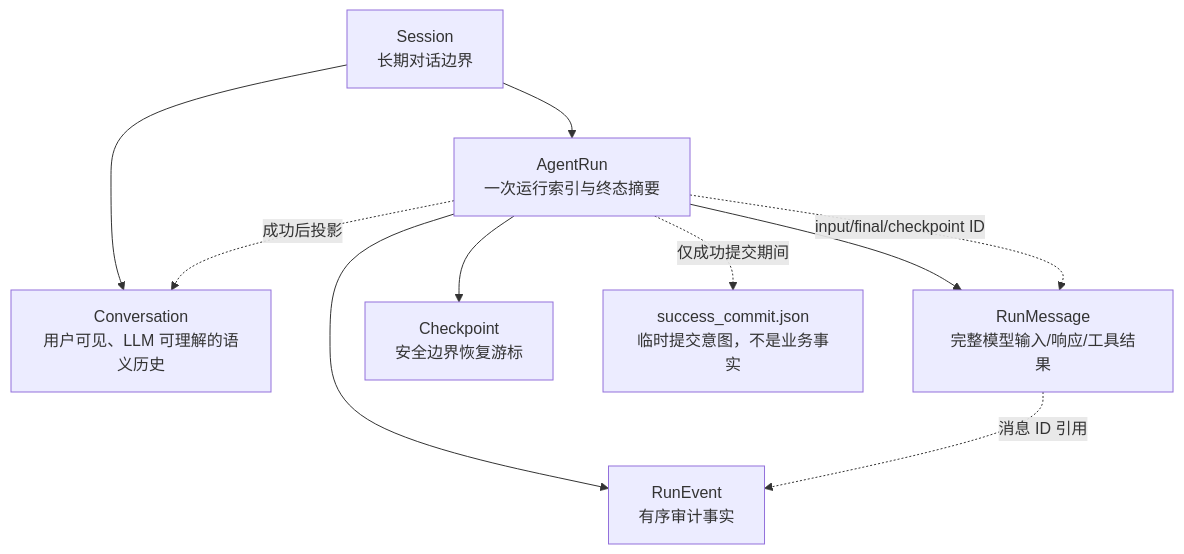
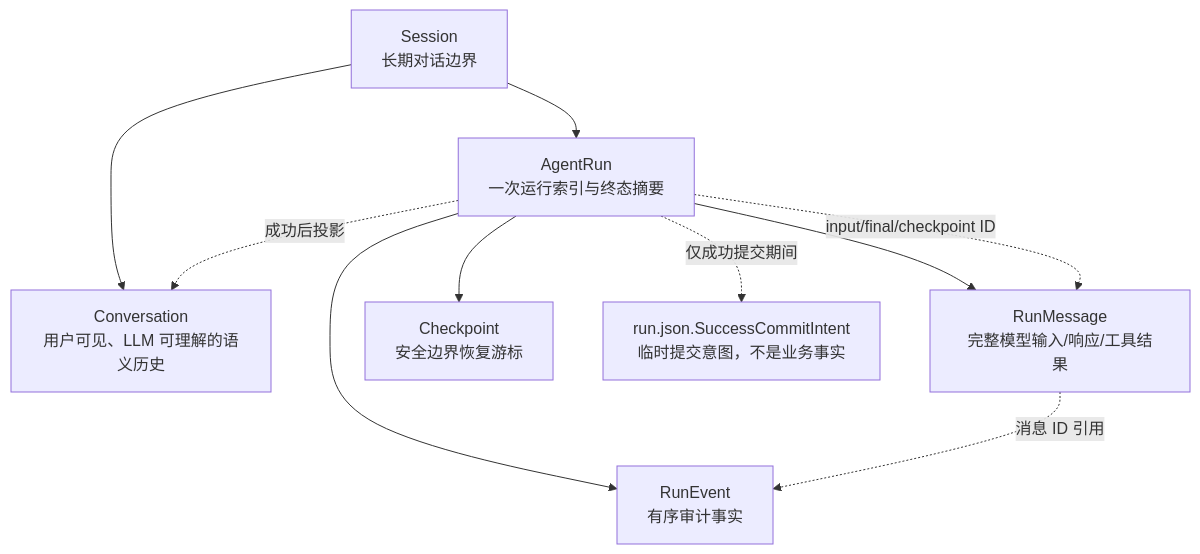
Before and after one commit to aandbcct/dotClaw: the third of 8 diagrams in docs/wiki/Runtime 模块总体说明.md, drawn with Mermaid. The commit also changed other lines of this file and 3 other files, not shown here.

````diff
--- a/docs/wiki/Runtime 模块总体说明.md
+++ b/docs/wiki/Runtime 模块总体说明.md
@@ -168,20 +175,20 @@
 ```mermaid
 flowchart TB
     Session["Session\n长期对话边界"]
     Conversation["Conversation\n用户可见、LLM 可理解的语义历史"]
     Run["AgentRun\n一次运行索引与终态摘要"]
     Messages["RunMessage\n完整模型输入/响应/工具结果"]
     Events["RunEvent\n有序审计事实"]
     Checkpoint["Checkpoint\n安全边界恢复游标"]
-    Intent["success_commit.json\n临时提交意图，不是业务事实"]
+    Intent["run.json.SuccessCommitIntent\n临时提交意图，不是业务事实"]
 
     Session --> Conversation
     Session --> Run
     Run --> Messages
     Run --> Events
     Run --> Checkpoint
     Run -. "仅成功提交期间" .-> Intent
     Messages -. "消息 ID 引用" .-> Events
     Run -. "input/final/checkpoint ID" .-> Messages
     Run -. "成功后投影" .-> Conversation
 ```
````
